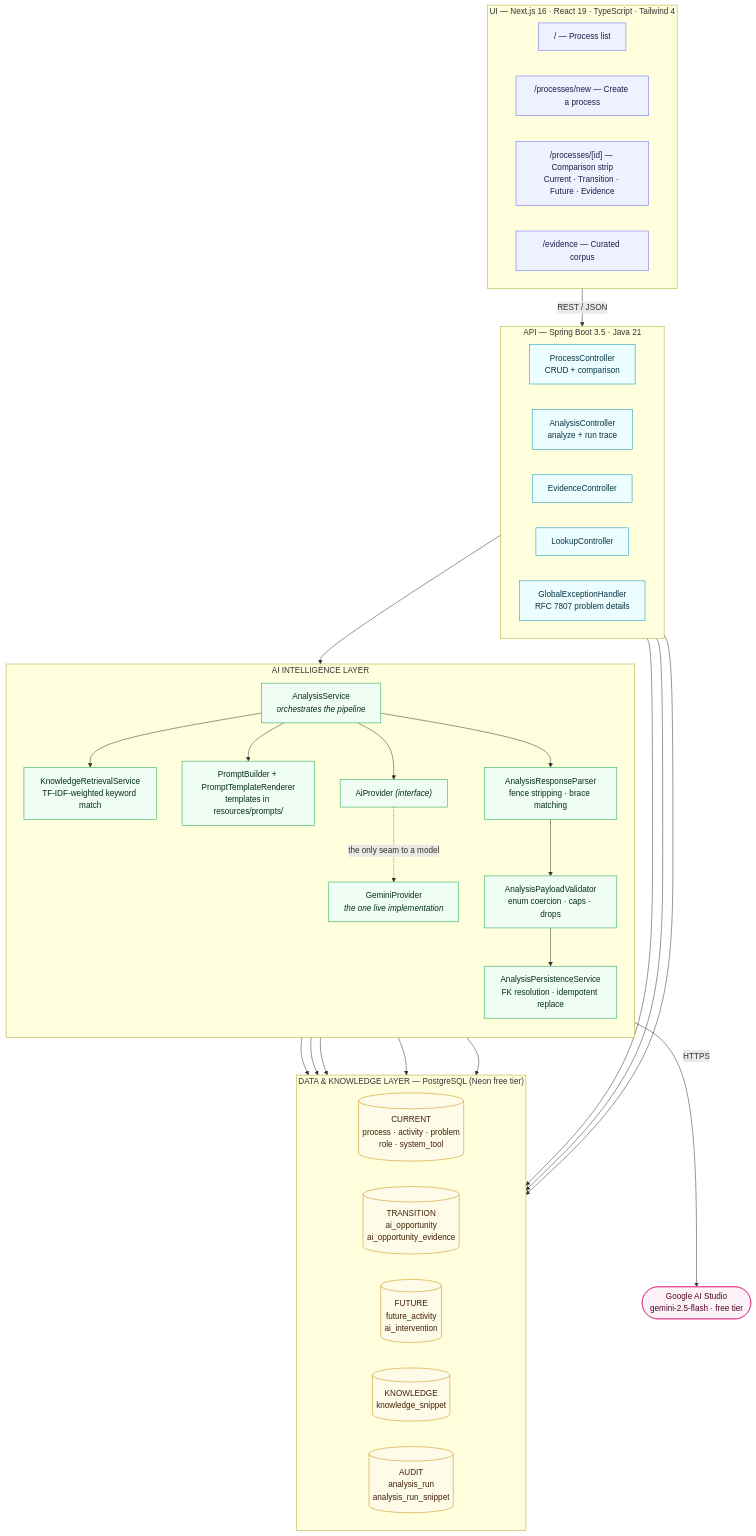
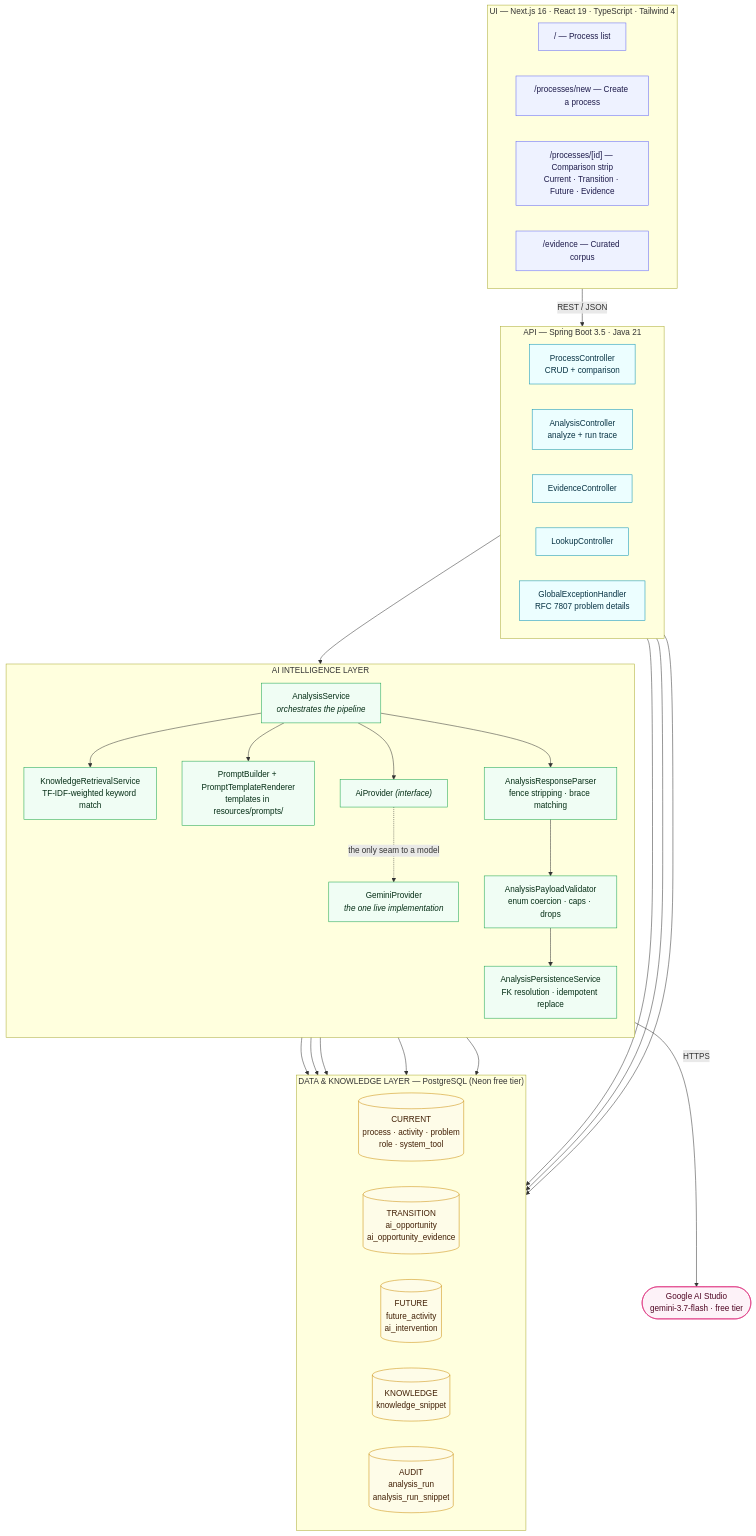
One commit to Saisrijan166/future-process-designer changed the first of 3 diagrams in docs/architecture-diagram.md. Above: the diagram before and after it, drawn with Mermaid. The commit also changed 10 other files, not shown here.

````diff
--- a/docs/architecture-diagram.md
+++ b/docs/architecture-diagram.md
@@ -5,67 +5,67 @@
 ```mermaid
 flowchart TB
     subgraph UI["UI — Next.js 16 · React 19 · TypeScript · Tailwind 4"]
         direction LR
         DASH["/ — Process list"]
         NEW["/processes/new — Create a process"]
         DETAIL["/processes/[id] — Comparison strip<br/>Current · Transition · Future · Evidence"]
         EVID["/evidence — Curated corpus"]
     end
 
     subgraph API["API — Spring Boot 3.5 · Java 21"]
         direction LR
         PC["ProcessController<br/>CRUD + comparison"]
         AC["AnalysisController<br/>analyze + run trace"]
         EC["EvidenceController"]
         LC["LookupController"]
         GEH["GlobalExceptionHandler<br/>RFC 7807 problem details"]
     end
 
     subgraph AI["AI INTELLIGENCE LAYER"]
         direction TB
         AS["AnalysisService<br/><i>orchestrates the pipeline</i>"]
         KRS["KnowledgeRetrievalService<br/>TF-IDF-weighted keyword match"]
         PB["PromptBuilder + PromptTemplateRenderer<br/>templates in resources/prompts/"]
         AP["AiProvider <i>(interface)</i>"]
         GP["GeminiProvider<br/><i>the one live implementation</i>"]
         PARSE["AnalysisResponseParser<br/>fence stripping · brace matching"]
         VAL["AnalysisPayloadValidator<br/>enum coercion · caps · drops"]
         PERS["AnalysisPersistenceService<br/>FK resolution · idempotent replace"]
     end
 
     subgraph DATA["DATA & KNOWLEDGE LAYER — PostgreSQL (Neon free tier)"]
         direction LR
         CUR[("CURRENT<br/>process · activity · problem<br/>role · system_tool")]
         TRANS[("TRANSITION<br/>ai_opportunity<br/>ai_opportunity_evidence")]
         FUT[("FUTURE<br/>future_activity<br/>ai_intervention")]
         KNOW[("KNOWLEDGE<br/>knowledge_snippet")]
         AUDIT[("AUDIT<br/>analysis_run<br/>analysis_run_snippet")]
     end
 
     UI -->|"REST / JSON"| API
     PC --> DATA
     EC --> KNOW
     LC --> DATA
     AC --> AS
 
     AS --> KRS --> KNOW
     AS --> PB
     AS --> AP
     AP -.->|"the only seam to a model"| GP
-    GP -->|"HTTPS"| GEMINI(["Google AI Studio<br/>gemini-2.5-flash · free tier"])
+    GP -->|"HTTPS"| GEMINI(["Google AI Studio<br/>gemini-3.7-flash · free tier"])
     AS --> PARSE --> VAL --> PERS
     PERS --> CUR & TRANS & FUT
     AS --> AUDIT
 
     classDef ui fill:#eef2ff,stroke:#6366f1,color:#1e1b4b
     classDef api fill:#ecfeff,stroke:#0891b2,color:#083344
     classDef ai fill:#f0fdf4,stroke:#16a34a,color:#052e16
     classDef data fill:#fefce8,stroke:#ca8a04,color:#422006
     classDef ext fill:#fdf2f8,stroke:#db2777,color:#500724
 
     class DASH,NEW,DETAIL,EVID ui
     class PC,AC,EC,LC,GEH api
     class AS,KRS,PB,AP,GP,PARSE,VAL,PERS ai
     class CUR,TRANS,FUT,KNOW,AUDIT data
     class GEMINI ext
 ```
````
